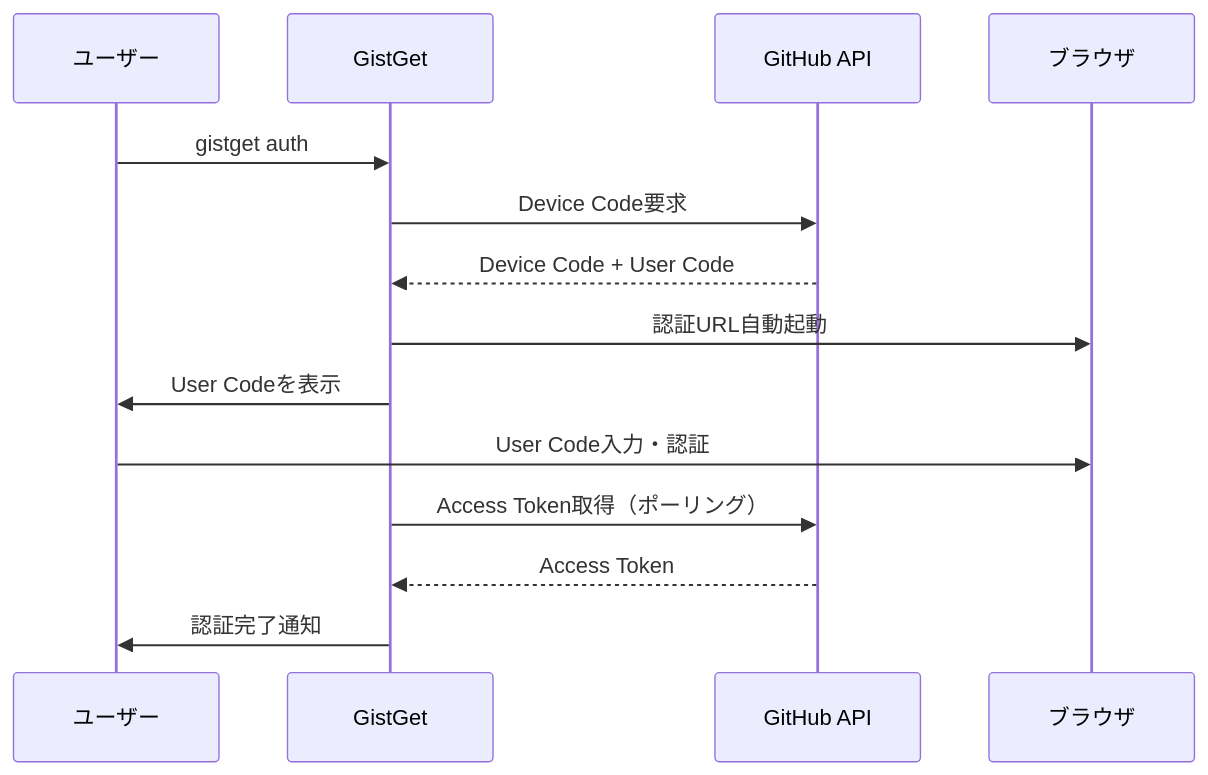
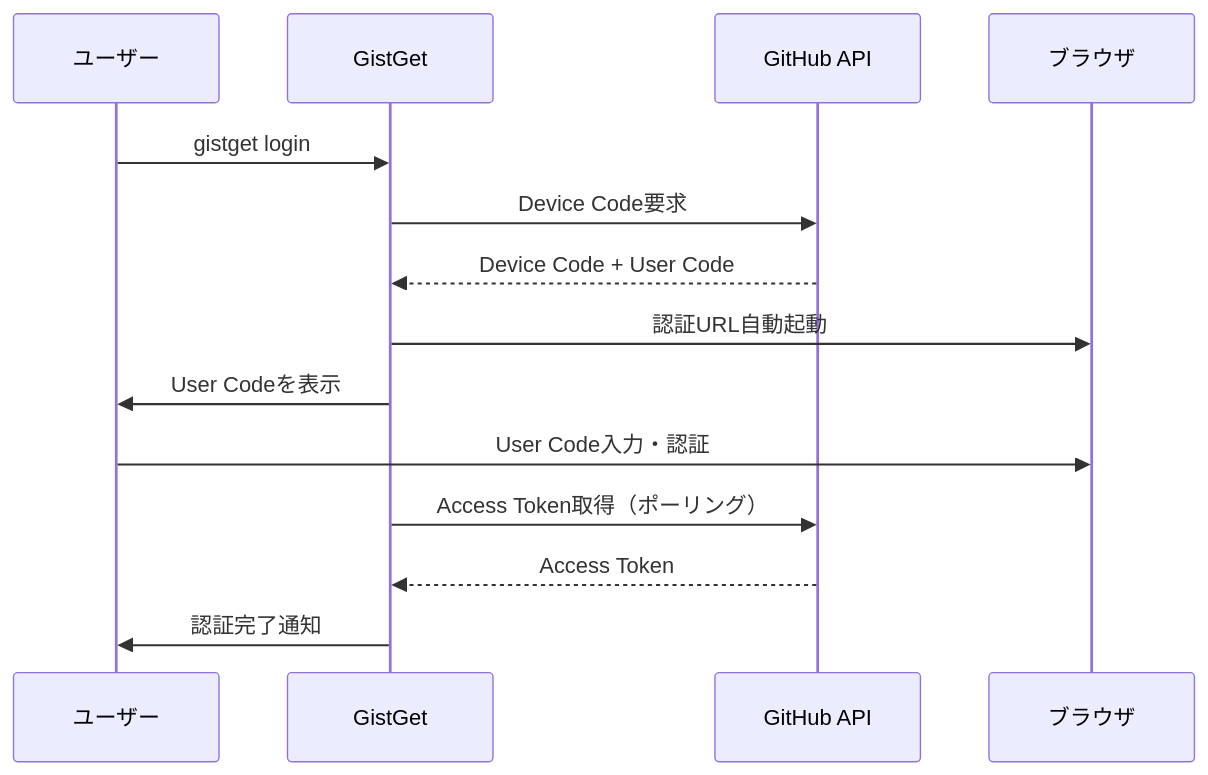
The first of 2 diagrams in docs/architecture.md (nuitsjp/GistGet), drawn with Mermaid before and after one commit. The commit also changed other lines of this file and 7 other files, not shown here.

````diff
--- a/docs/architecture.md
+++ b/docs/architecture.md
@@ -19,17 +19,17 @@
 ```mermaid
 sequenceDiagram
     participant User as ユーザー
     participant App as GistGet
     participant GitHub as GitHub API
     participant Browser as ブラウザ
 
-    User->>App: gistget auth
+    User->>App: gistget login
     App->>GitHub: Device Code要求
     GitHub-->>App: Device Code + User Code
     App->>Browser: 認証URL自動起動
     App->>User: User Codeを表示
     User->>Browser: User Code入力・認証
     App->>GitHub: Access Token取得（ポーリング）
     GitHub-->>App: Access Token
     App->>User: 認証完了通知
 ```
````
